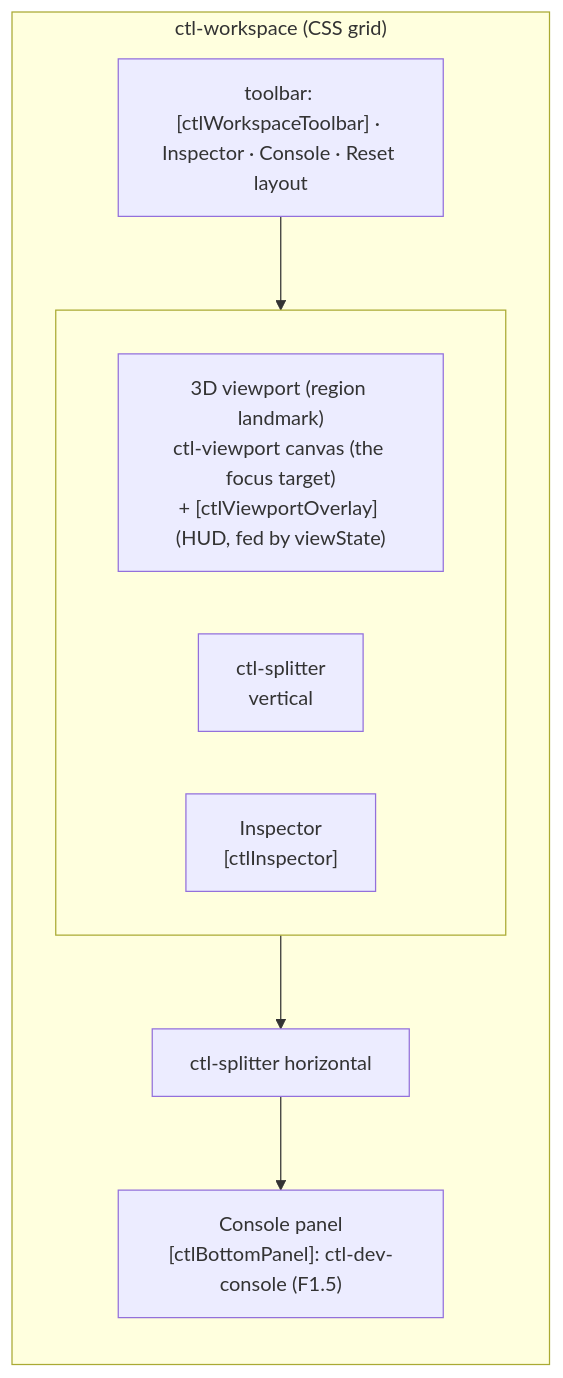
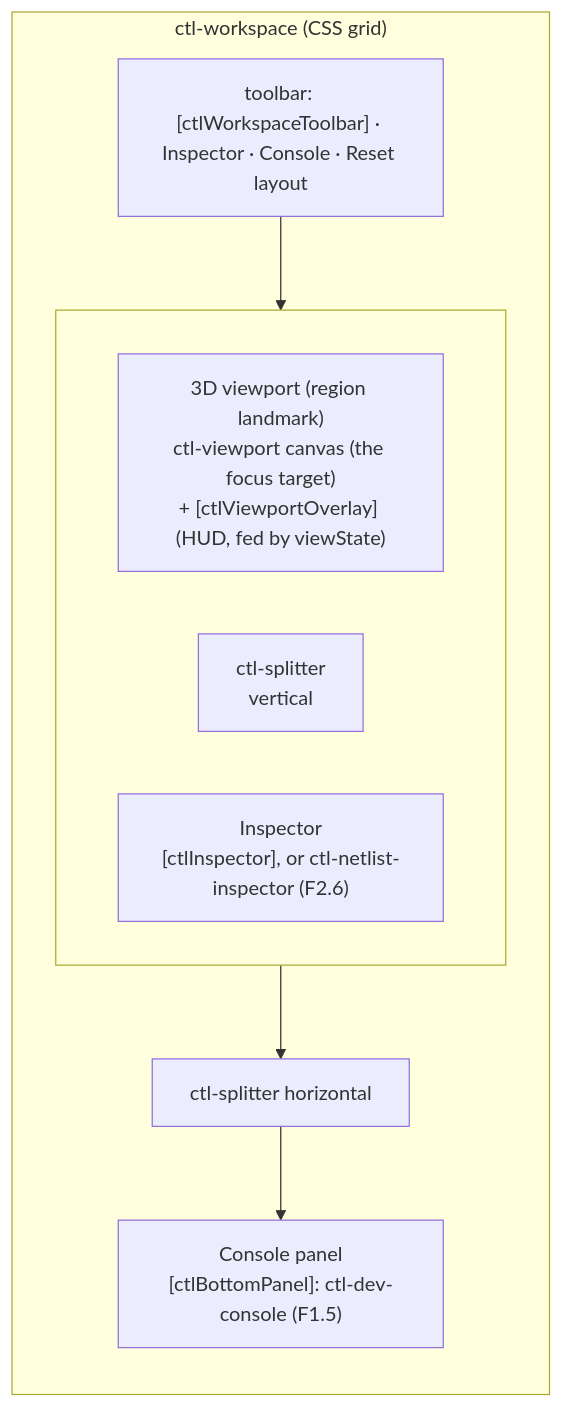
The fourth of 11 diagrams in docs/architecture/ui-shell.md (joebarbere/controls), drawn with Mermaid before and after one commit. The commit also changed other lines of this file and 25 other files, not shown here.

First line of the commit message:
feat(workspace): the netlist inspector, view.netlistInspector (F2.6 inspector) (#74)

````diff
--- a/docs/architecture/ui-shell.md
+++ b/docs/architecture/ui-shell.md
@@ -101,16 +101,16 @@
 ```mermaid
 flowchart TB
     subgraph ws["ctl-workspace (CSS grid)"]
         direction TB
         TB["toolbar: [ctlWorkspaceToolbar] · Inspector · Console · Reset layout"]
         subgraph row[" "]
             direction LR
             VP["3D viewport (region landmark)<br/>ctl-viewport canvas (the focus target)<br/>+ [ctlViewportOverlay] (HUD, fed by viewState)"]
             VS["ctl-splitter<br/>vertical"]
-            INS["Inspector<br/>[ctlInspector]"]
+            INS["Inspector<br/>[ctlInspector], or ctl-netlist-inspector (F2.6)"]
         end
         HS["ctl-splitter horizontal"]
         BOT["Console panel<br/>[ctlBottomPanel]: ctl-dev-console (F1.5)"]
     end
     TB --> row --> HS --> BOT
 ```
````
